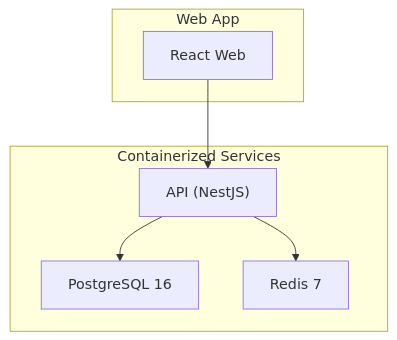
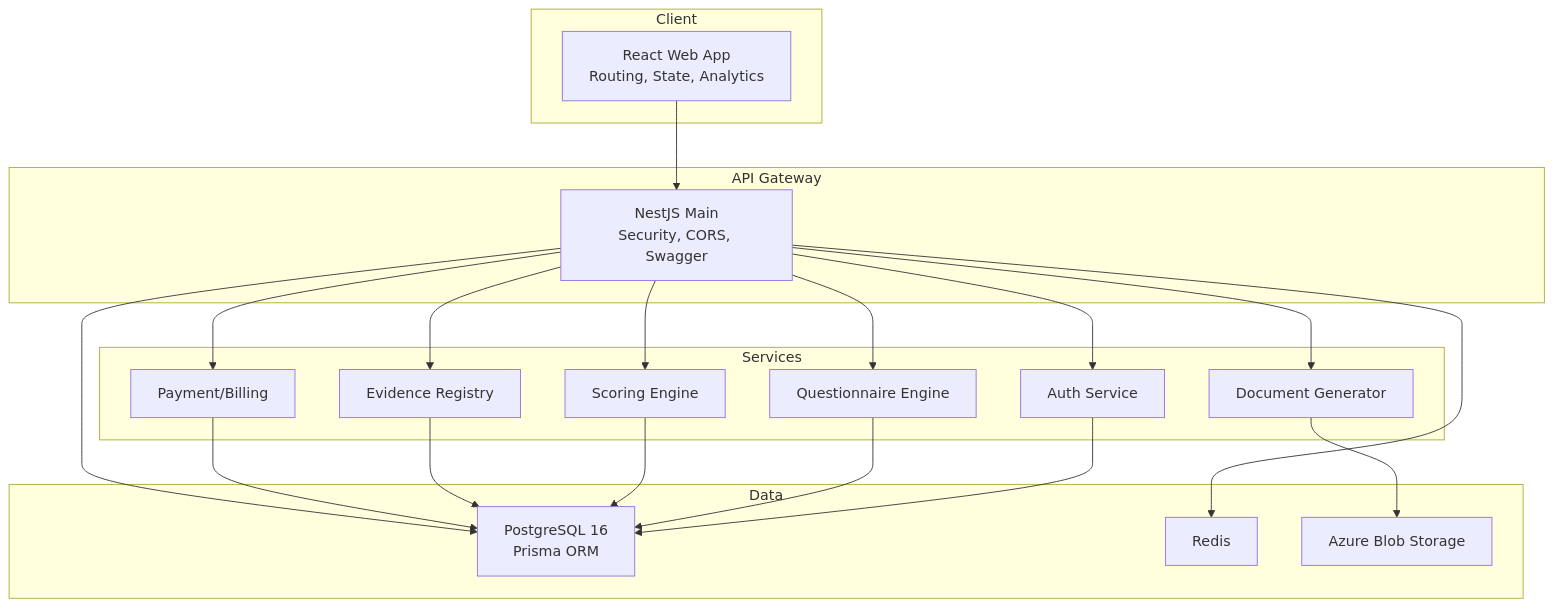
One commit to BAS-More/Quiz2Biz changed the second of 6 diagrams in .qoder/repowiki/en/content/Getting Started.md. Above: the diagram before and after it, drawn with Mermaid. The commit also changed other lines of this file and 263 other files, not shown here.

````diff
--- a/.qoder/repowiki/en/content/Getting Started.md
+++ b/.qoder/repowiki/en/content/Getting Started.md
@@ -100,14 +138,37 @@
 ```mermaid
 graph TB
-subgraph "Containerized Services"
-API["API (NestJS)"]
-PG["PostgreSQL 16"]
-RD["Redis 7"]
+subgraph "Client"
+WEB["React Web App<br/>Routing, State, Analytics"]
 end
-subgraph "Web App"
-WEB["React Web"]
+subgraph "API Gateway"
+MAIN["NestJS Main<br/>Security, CORS, Swagger"]
 end
-WEB --> API
-API --> PG
-API --> RD
+subgraph "Services"
+AUTH["Auth Service"]
+QENGINE["Questionnaire Engine"]
+SCORING["Scoring Engine"]
+DOCGEN["Document Generator"]
+EVIDENCE["Evidence Registry"]
+PAYMENT["Payment/Billing"]
+end
+subgraph "Data"
+DB["PostgreSQL 16<br/>Prisma ORM"]
+CACHE["Redis"]
+BLOB["Azure Blob Storage"]
+end
+WEB --> MAIN
+MAIN --> AUTH
+MAIN --> QENGINE
+MAIN --> SCORING
+MAIN --> DOCGEN
+MAIN --> EVIDENCE
+MAIN --> PAYMENT
+AUTH --> DB
+QENGINE --> DB
+SCORING --> DB
+DOCGEN --> BLOB
+EVIDENCE --> DB
+PAYMENT --> DB
+MAIN --> CACHE
+MAIN --> DB
 ```
````
